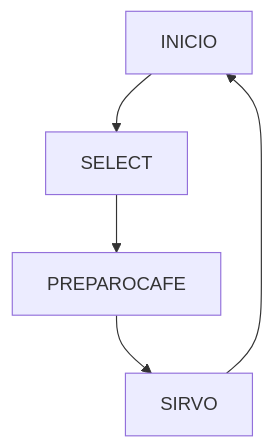
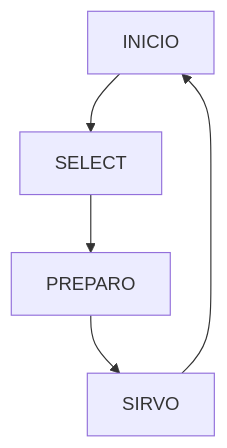
Before and after one commit to facumruiz/Plantilla_DigitalesPIC18: the diagram in README.md, drawn with Mermaid.

````diff
--- a/README.md
+++ b/README.md
@@ -58,12 +58,12 @@
 ```mermaid
 graph TD;
     INICIO-->SELECT
 
-    SELECT-->PREPAROCAFE;
-    PREPAROCAFE-->SIRVO;
+    SELECT-->PREPARO;
+    PREPARO-->SIRVO;
     SIRVO-->INICIO;
 
   
     
 
 ```
````
